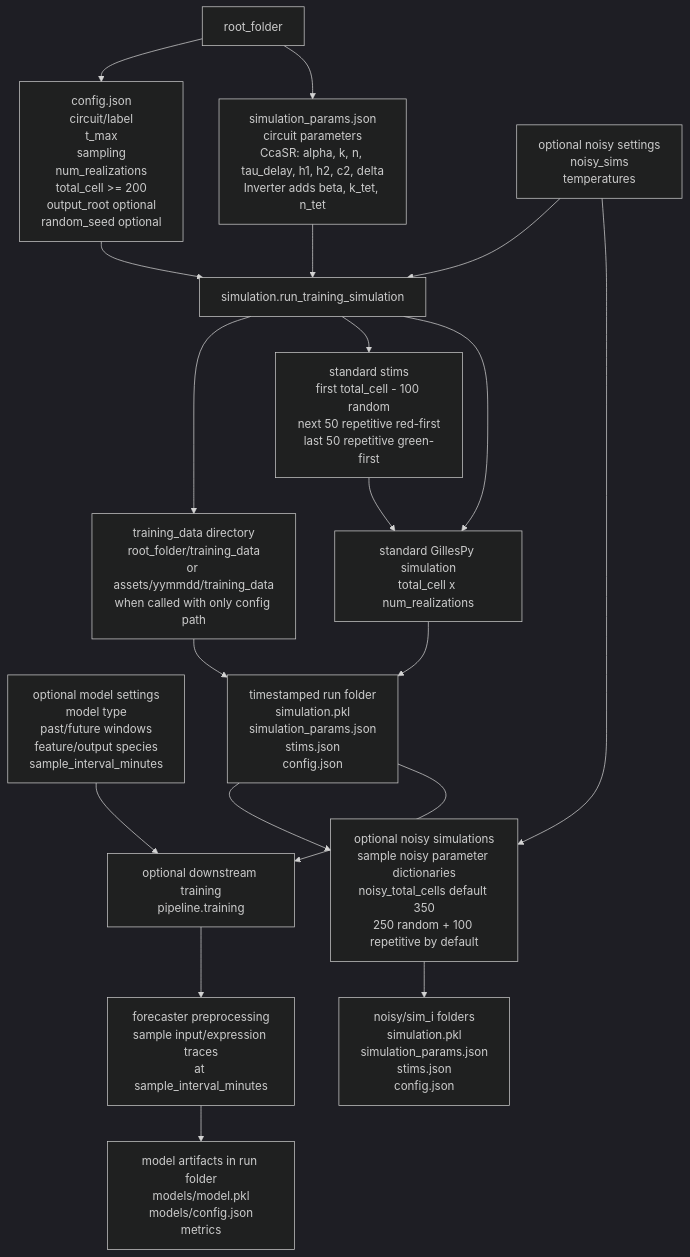
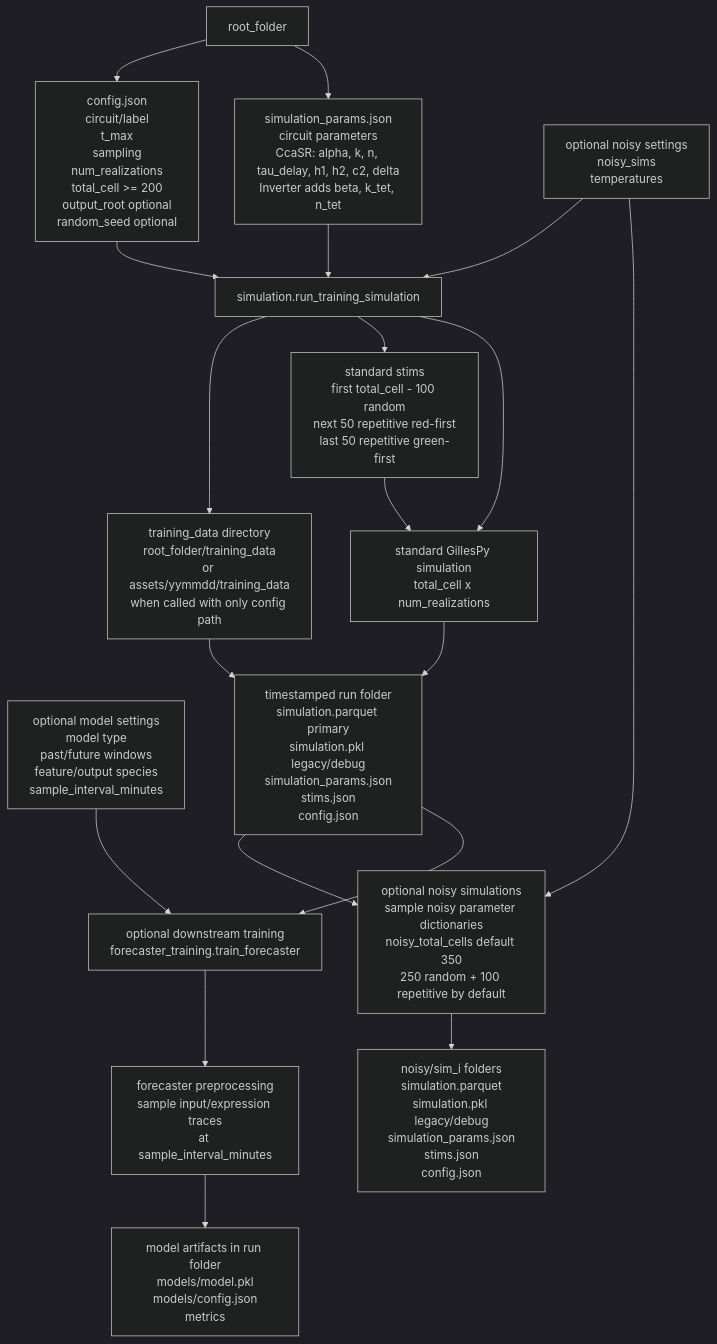
The first of 4 diagrams in README.md (mhossein7/aisam), drawn with Mermaid (dark theme) before and after one commit. The commit also changed other lines of this file and 9 other files, not shown here.

Commit message:
data now is saved in .parquet format with the option of keeping legacy .pkl file. Less redundancy in pipeline as well as better recipe-driven experiment generation.

````diff
--- a/README.md
+++ b/README.md
@@ -5,40 +5,40 @@
 ```mermaid
 graph TD
     root["root_folder"]
     cfg["config.json<br/>circuit/label<br/>t_max<br/>sampling<br/>num_realizations<br/>total_cell >= 200<br/>output_root optional<br/>random_seed optional"]
     params["simulation_params.json<br/>circuit parameters<br/>CcaSR: alpha, k, n, tau_delay, h1, h2, c2, delta<br/>Inverter adds beta, k_tet, n_tet"]
     noisy_opts["optional noisy settings<br/>noisy_sims<br/>temperatures"]
     model_opts["optional model settings<br/>model type<br/>past/future windows<br/>feature/output species<br/>sample_interval_minutes"]
 
     run["simulation.run_training_simulation"]
     stims["standard stims<br/>first total_cell - 100 random<br/>next 50 repetitive red-first<br/>last 50 repetitive green-first"]
     sim["standard GillesPy simulation<br/>total_cell x num_realizations"]
     out["training_data directory<br/>root_folder/training_data<br/>or assets/yymmdd/training_data<br/>when called with only config path"]
-    saved["timestamped run folder<br/>simulation.pkl<br/>simulation_params.json<br/>stims.json<br/>config.json"]
+    saved["timestamped run folder<br/>simulation.parquet primary<br/>simulation.pkl legacy/debug<br/>simulation_params.json<br/>stims.json<br/>config.json"]
 
     noisy["optional noisy simulations<br/>sample noisy parameter dictionaries<br/>noisy_total_cells default 350<br/>250 random + 100 repetitive by default"]
-    noisy_saved["noisy/sim_i folders<br/>simulation.pkl<br/>simulation_params.json<br/>stims.json<br/>config.json"]
+    noisy_saved["noisy/sim_i folders<br/>simulation.parquet<br/>simulation.pkl legacy/debug<br/>simulation_params.json<br/>stims.json<br/>config.json"]
 
-    train["optional downstream training<br/>pipeline.training"]
+    train["optional downstream training<br/>forecaster_training.train_forecaster"]
     preprocess["forecaster preprocessing<br/>sample input/expression traces<br/>at sample_interval_minutes"]
     model["model artifacts in run folder<br/>models/model.pkl<br/>models/config.json<br/>metrics"]
 
     root --> cfg
     root --> params
     cfg --> run
     params --> run
     noisy_opts --> run
     run --> out
     run --> stims
     stims --> sim
     run --> sim
     out --> saved
     sim --> saved
     noisy_opts --> noisy
     saved --> noisy
     noisy --> noisy_saved
     model_opts --> train
     saved --> train
     train --> preprocess
     preprocess --> model
 ```
````
